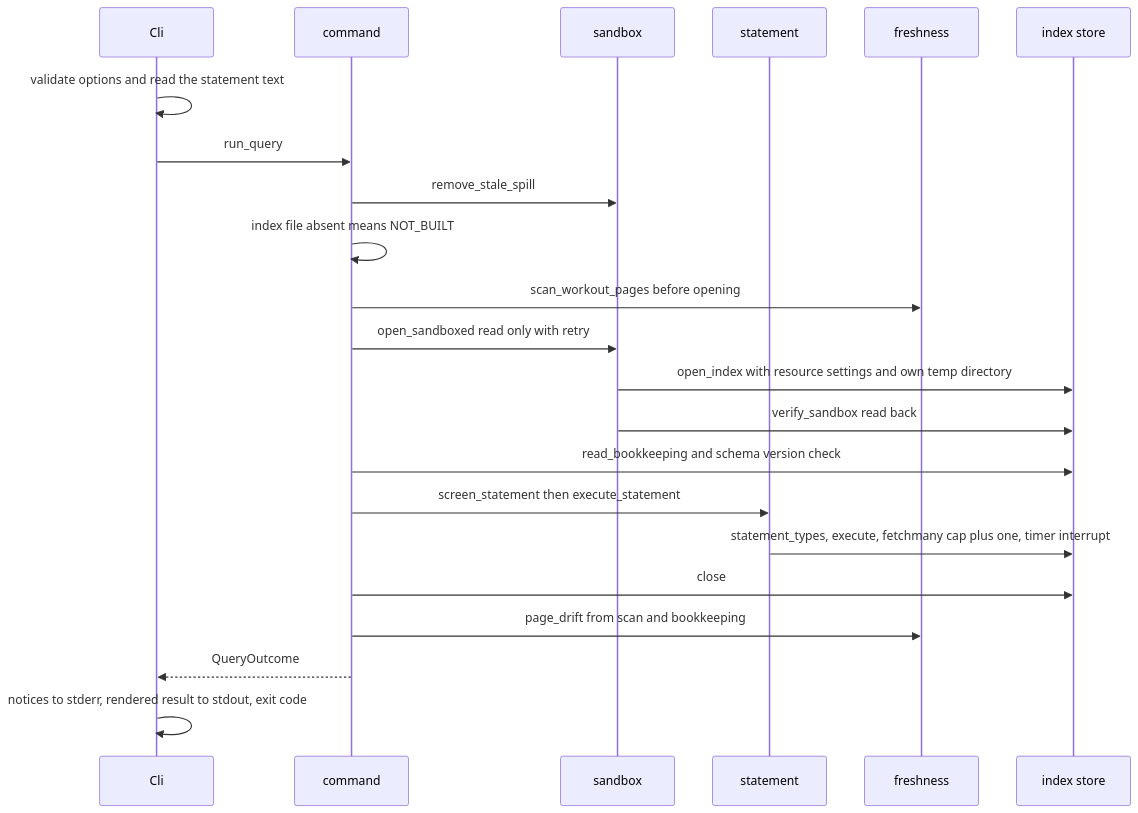
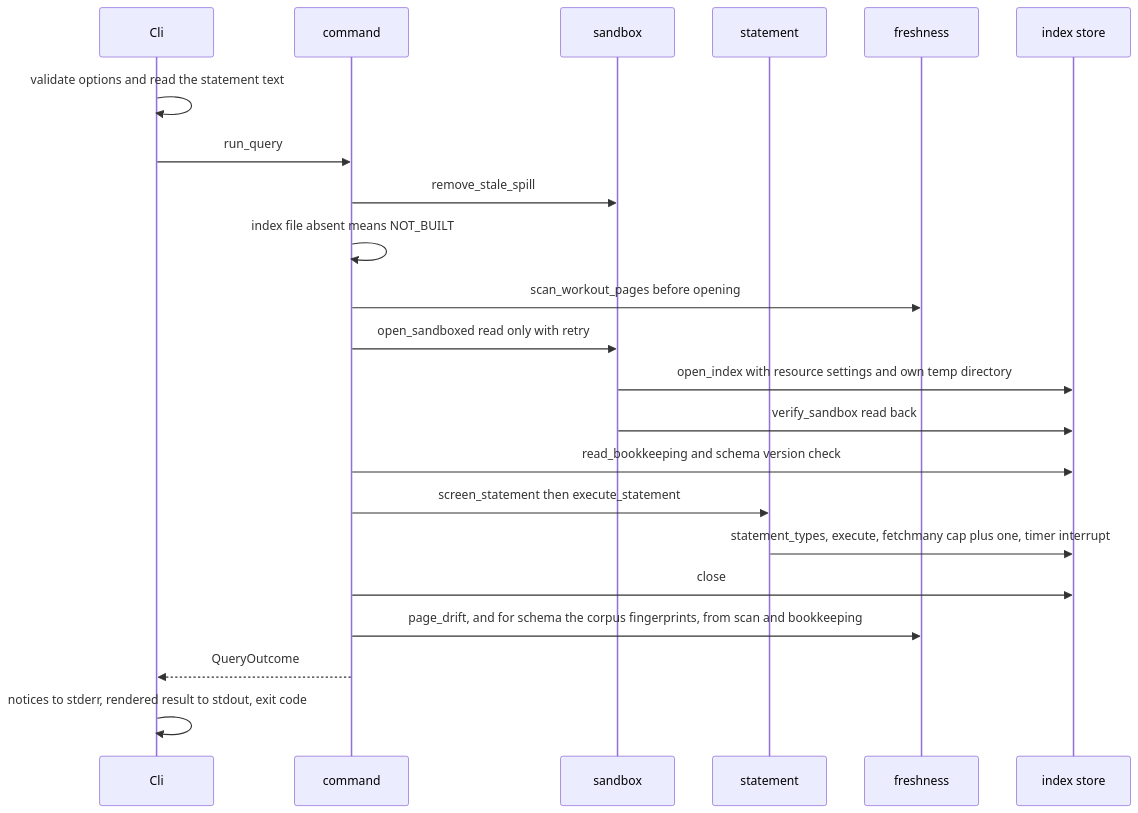
One commit to joshua-stauffer/fitdocs changed the second of 3 diagrams in .kiro/specs/analytics-query/design.md. Above: the diagram before and after it, drawn with Mermaid. The commit also changed other lines of this file and 2 other files, not shown here.

Commit message:
spec(analytics-query): cross-spec round 1 -- corpus fingerprints through index's snapshot builder after close, U1-U3 cite landed index tasks, connectors Amendment 2, floor-run scope

````diff
--- a/.kiro/specs/analytics-query/design.md
+++ b/.kiro/specs/analytics-query/design.md
@@ -337,24 +383,24 @@
 ```mermaid
 sequenceDiagram
     participant Cli
     participant Cmd as command
     participant Sb as sandbox
     participant St as statement
     participant Fr as freshness
     participant Ix as index store
     Cli->>Cli: validate options and read the statement text
     Cli->>Cmd: run_query
     Cmd->>Sb: remove_stale_spill
     Cmd->>Cmd: index file absent means NOT_BUILT
     Cmd->>Fr: scan_workout_pages before opening
     Cmd->>Sb: open_sandboxed read only with retry
     Sb->>Ix: open_index with resource settings and own temp directory
     Sb->>Ix: verify_sandbox read back
     Cmd->>Ix: read_bookkeeping and schema version check
     Cmd->>St: screen_statement then execute_statement
     St->>Ix: statement_types, execute, fetchmany cap plus one, timer interrupt
     Cmd->>Ix: close
-    Cmd->>Fr: page_drift from scan and bookkeeping
+    Cmd->>Fr: page_drift, and for schema the corpus fingerprints, from scan and bookkeeping
     Cmd-->>Cli: QueryOutcome
     Cli->>Cli: notices to stderr, rendered result to stdout, exit code
 ```
````
